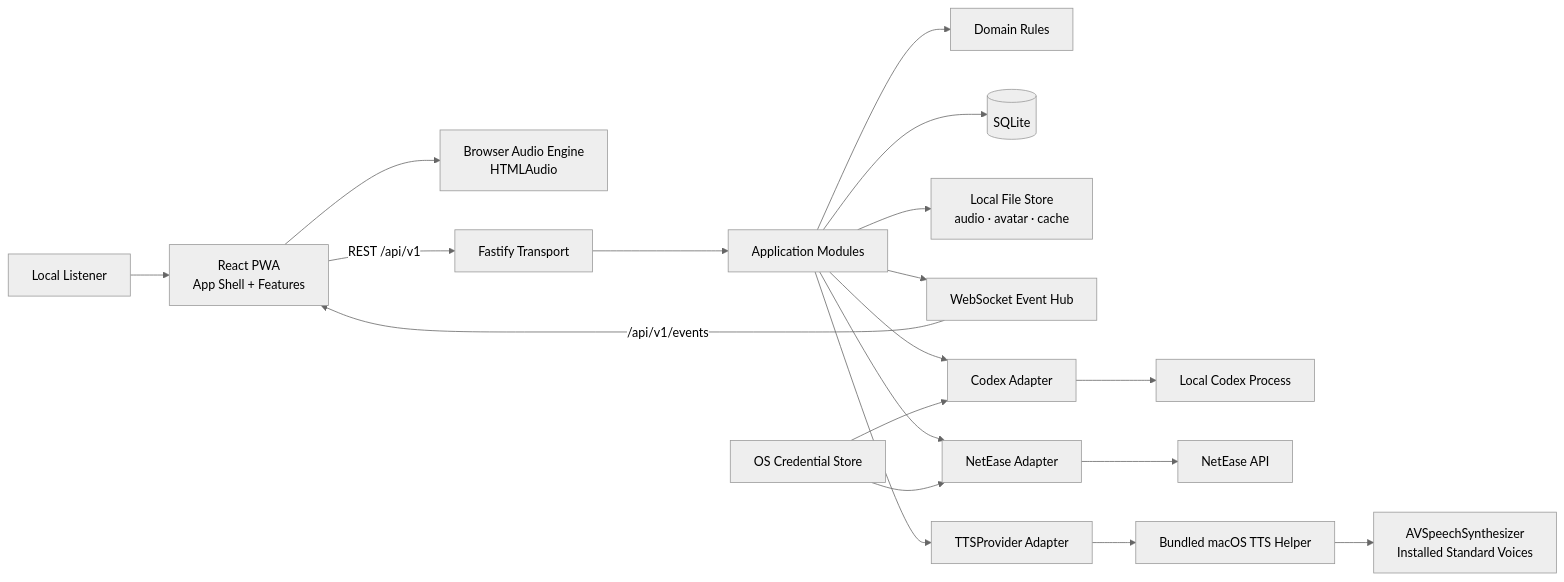
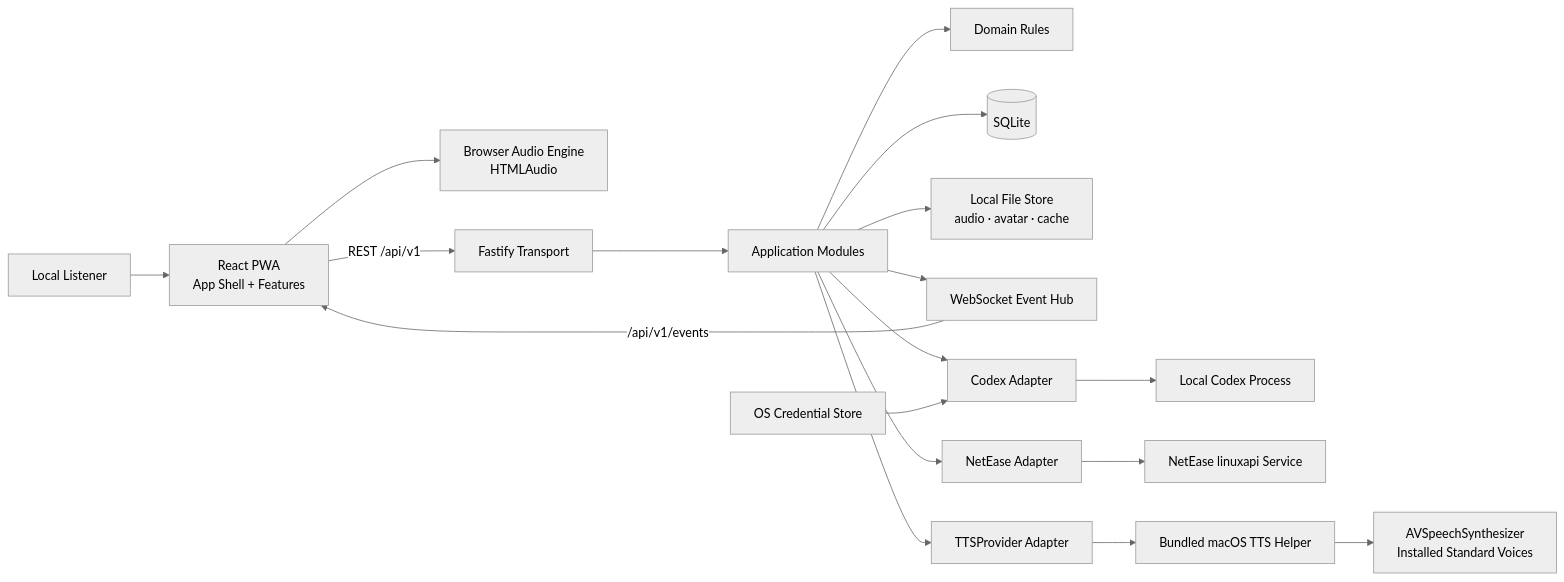
The first of 8 diagrams in architecture.md (komochi007/koradio), drawn with Mermaid (neutral theme) before and after one commit. The commit also changed other lines of this file and 11 other files, not shown here.

````diff
--- a/architecture.md
+++ b/architecture.md
@@ -34,21 +35,20 @@
 ```mermaid
 flowchart LR
     User["Local Listener"] --> Web["React PWA<br/>App Shell + Features"]
     Web --> Audio["Browser Audio Engine<br/>HTMLAudio"]
     Web -->|"REST /api/v1"| API["Fastify Transport"]
     API --> Modules["Application Modules"]
     Modules --> Domain["Domain Rules"]
     Modules --> DB[("SQLite")]
     Modules --> Files["Local File Store<br/>audio · avatar · cache"]
     Modules --> Events["WebSocket Event Hub"]
     Events -->|"/api/v1/events"| Web
     Modules --> Codex["Codex Adapter"]
     Modules --> Music["NetEase Adapter"]
     Modules --> TTS["TTSProvider Adapter"]
     Codex --> CodexExt["Local Codex Process"]
-    Music --> MusicExt["NetEase API"]
+    Music --> MusicExt["NetEase linuxapi Service"]
     TTS --> TTSHelper["Bundled macOS TTS Helper"]
     TTSHelper --> AppleTTS["AVSpeechSynthesizer<br/>Installed Standard Voices"]
     Secrets["OS Credential Store"] --> Codex
-    Secrets --> Music
 ```
````
